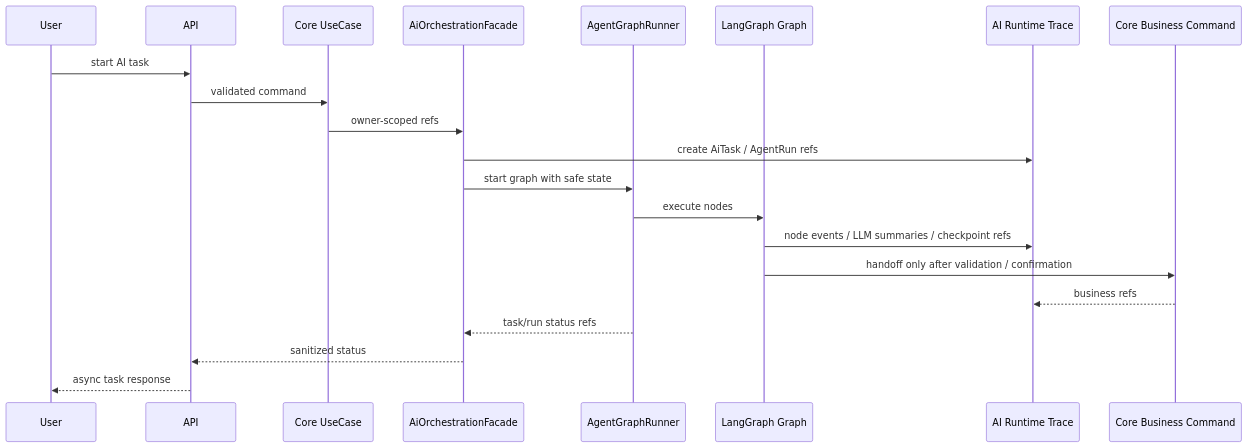
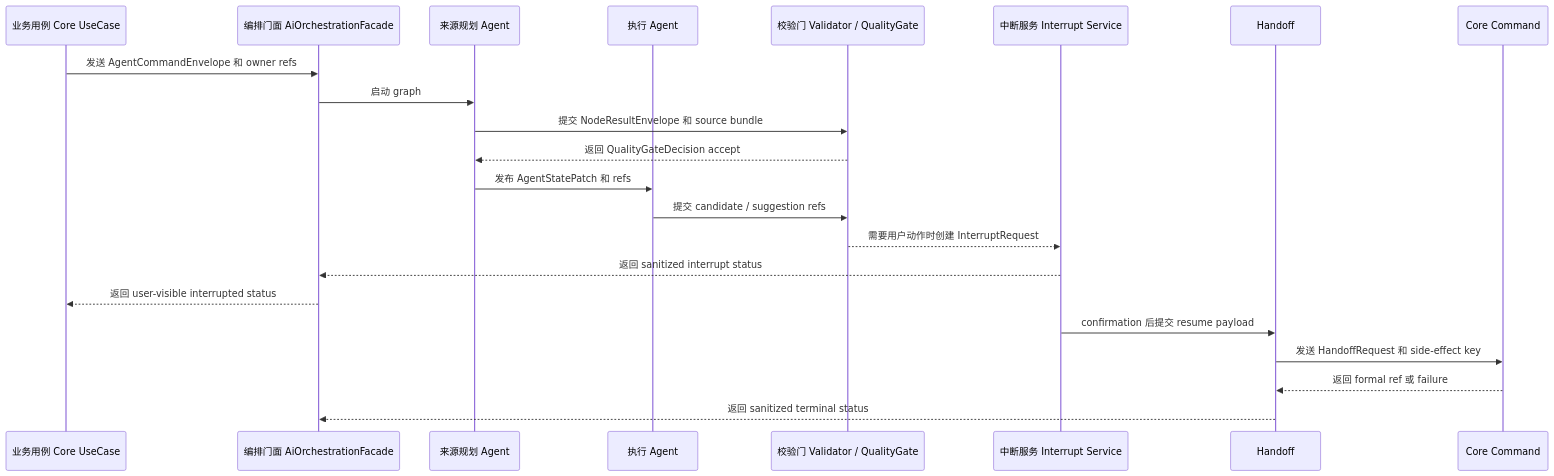
Before and after one commit to linxiecoder/AiForInterviewer: the fifth of 11 diagrams in docs/03-delivery/refactor-multiagent-langgraph-implementation/01_ARCHITECTURE_ASIS_TOBE.md, drawn with Mermaid. The commit also changed other lines of this file and 10 other files, not shown here.

````diff
--- a/docs/03-delivery/refactor-multiagent-langgraph-implementation/01_ARCHITECTURE_ASIS_TOBE.md
+++ b/docs/03-delivery/refactor-multiagent-langgraph-implementation/01_ARCHITECTURE_ASIS_TOBE.md
@@ -120,24 +389,25 @@
 ```mermaid
 sequenceDiagram
-  participant User as User
-  participant API as API
-  participant Core as Core UseCase
-  participant Facade as AiOrchestrationFacade
-  participant Runner as AgentGraphRunner
-  participant Graph as LangGraph Graph
-  participant Trace as AI Runtime Trace
-  participant Biz as Core Business Command
+  participant Core as 业务用例 Core UseCase
+  participant Facade as 编排门面 AiOrchestrationFacade
+  participant AgentA as 来源规划 Agent
+  participant AgentB as 执行 Agent
+  participant Gate as 校验门 Validator / QualityGate
+  participant Interrupt as 中断服务 Interrupt Service
+  participant Handoff as Handoff
+  participant Command as Core Command
 
-  User->>API: start AI task
-  API->>Core: validated command
-  Core->>Facade: owner-scoped refs
-  Facade->>Trace: create AiTask / AgentRun refs
-  Facade->>Runner: start graph with safe state
-  Runner->>Graph: execute nodes
-  Graph->>Trace: node events / LLM summaries / checkpoint refs
-  Graph->>Biz: handoff only after validation / confirmation
-  Biz-->>Trace: business refs
-  Runner-->>Facade: task/run status refs
-  Facade-->>API: sanitized status
-  API-->>User: async task response
+  Core->>Facade: 发送 AgentCommandEnvelope 和 owner refs
+  Facade->>AgentA: 启动 graph
+  AgentA->>Gate: 提交 NodeResultEnvelope 和 source bundle
+  Gate-->>AgentA: 返回 QualityGateDecision accept
+  AgentA->>AgentB: 发布 AgentStatePatch 和 refs
+  AgentB->>Gate: 提交 candidate / suggestion refs
+  Gate-->>Interrupt: 需要用户动作时创建 InterruptRequest
+  Interrupt-->>Facade: 返回 sanitized interrupt status
+  Facade-->>Core: 返回 user-visible interrupted status
+  Interrupt->>Handoff: confirmation 后提交 resume payload
+  Handoff->>Command: 发送 HandoffRequest 和 side-effect key
+  Command-->>Handoff: 返回 formal ref 或 failure
+  Handoff-->>Facade: 返回 sanitized terminal status
 ```
````
